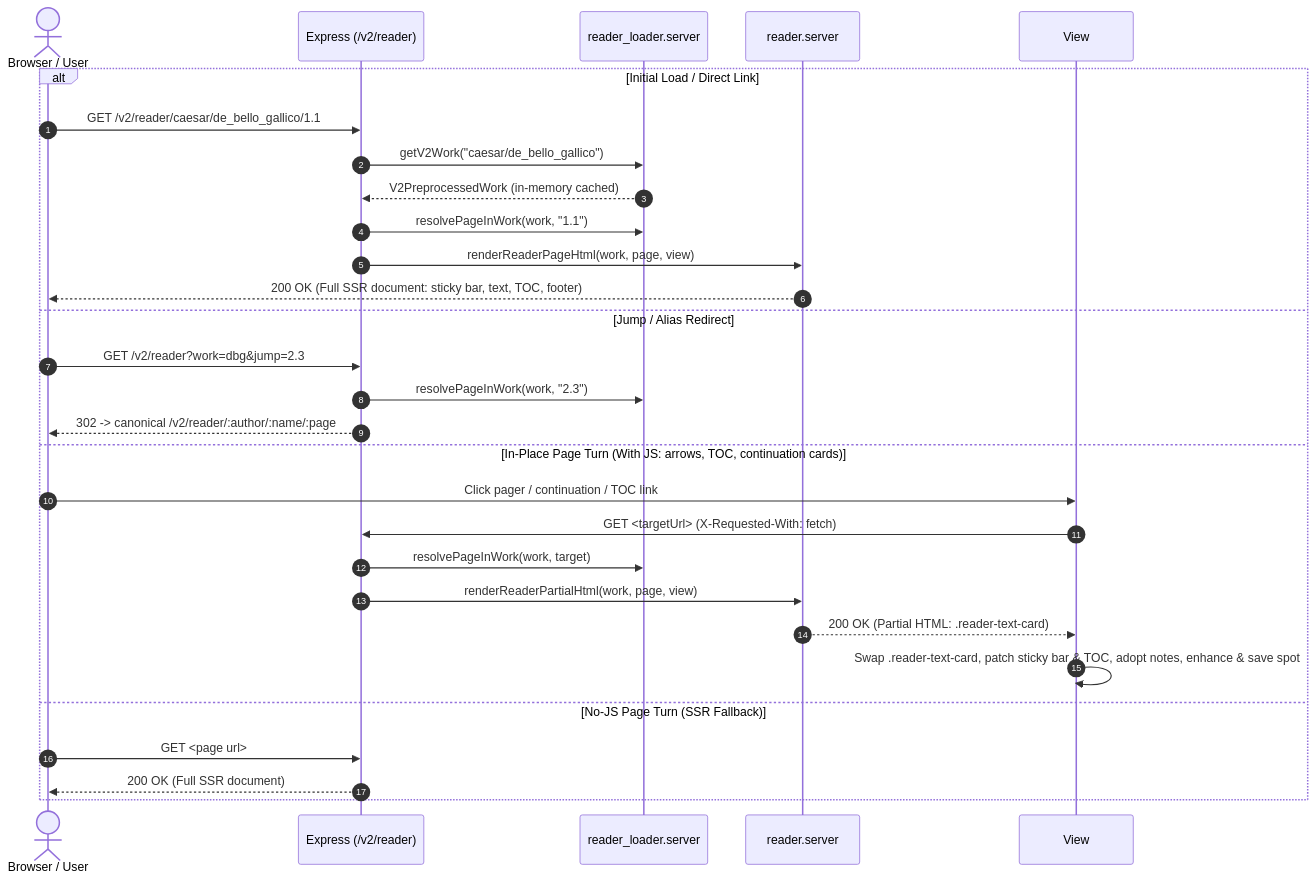
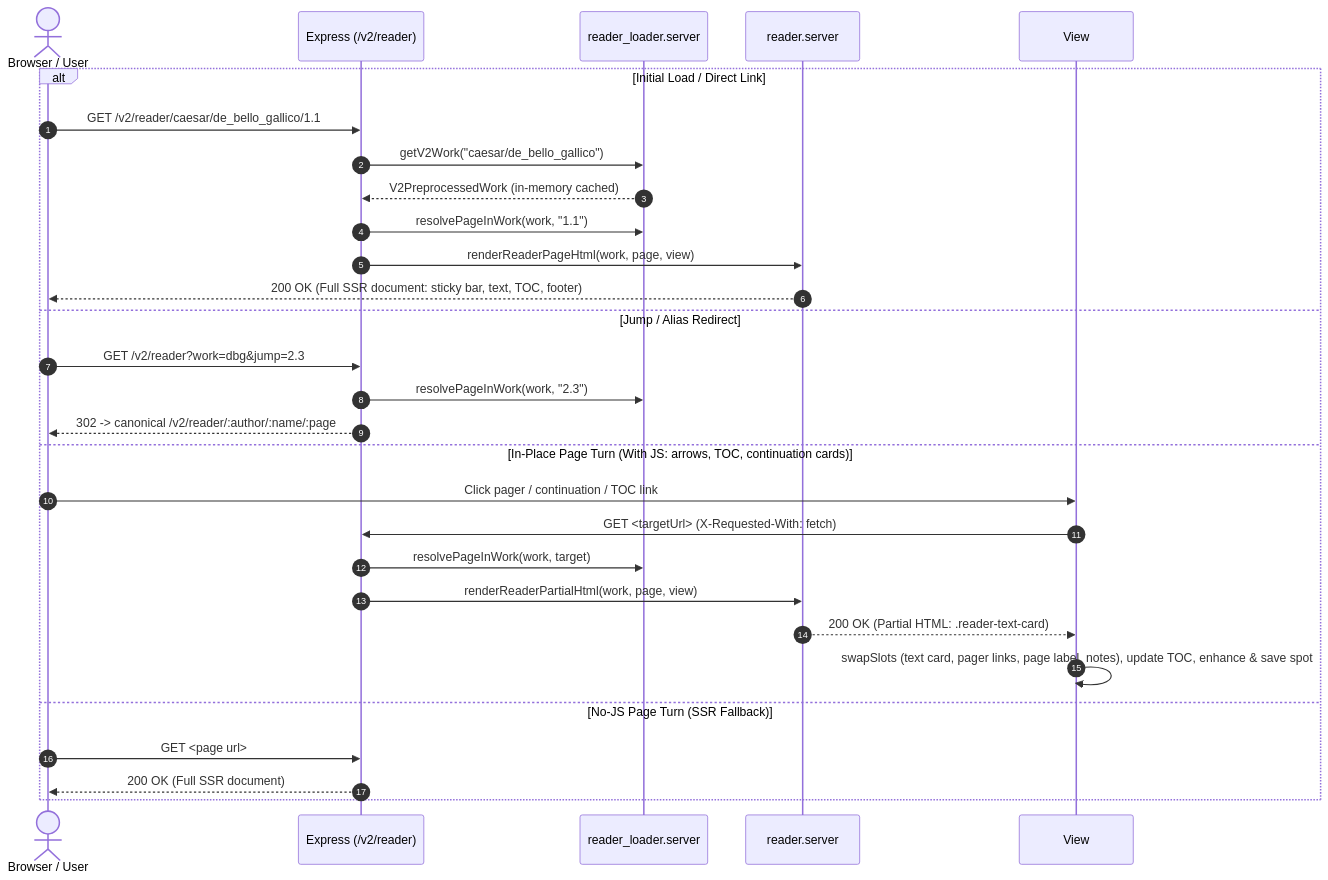
Before and after one commit to nkprasad12/morcus-net: the diagram in src/web/v2/reader/README.md, drawn with Mermaid. The commit also changed other lines of this file and 49 other files, not shown here.

First line of the commit message:
feat(v2): server-render reader companion tabs and adopt swapSlots

````diff
--- a/src/web/v2/reader/README.md
+++ b/src/web/v2/reader/README.md
@@ -43,31 +43,31 @@
 ```mermaid
 sequenceDiagram
     autonumber
     actor User as Browser / User
     participant Router as Express (/v2/reader)
     participant Loader as reader_loader.server
     participant Render as reader.server
 
     alt Initial Load / Direct Link
         User->>Router: GET /v2/reader/caesar/de_bello_gallico/1.1
         Router->>Loader: getV2Work("caesar/de_bello_gallico")
         Loader-->>Router: V2PreprocessedWork (in-memory cached)
         Router->>Loader: resolvePageInWork(work, "1.1")
         Router->>Render: renderReaderPageHtml(work, page, view)
         Render-->>User: 200 OK (Full SSR document: sticky bar, text, TOC, footer)
     else Jump / Alias Redirect
         User->>Router: GET /v2/reader?work=dbg&jump=2.3
         Router->>Loader: resolvePageInWork(work, "2.3")
         Router-->>User: 302 -> canonical /v2/reader/:author/:name/:page
     else In-Place Page Turn (With JS: arrows, TOC, continuation cards)
         User->>View: Click pager / continuation / TOC link
         View->>Router: GET <targetUrl> (X-Requested-With: fetch)
         Router->>Loader: resolvePageInWork(work, target)
         Router->>Render: renderReaderPartialHtml(work, page, view)
         Render-->>View: 200 OK (Partial HTML: .reader-text-card)
-        View->>View: Swap .reader-text-card, patch sticky bar & TOC, adopt notes, enhance & save spot
+        View->>View: swapSlots (text card, pager links, page label, notes), update TOC, enhance & save spot
     else No-JS Page Turn (SSR Fallback)
         User->>Router: GET <page url>
         Router-->>User: 200 OK (Full SSR document)
     end
 ```
````
